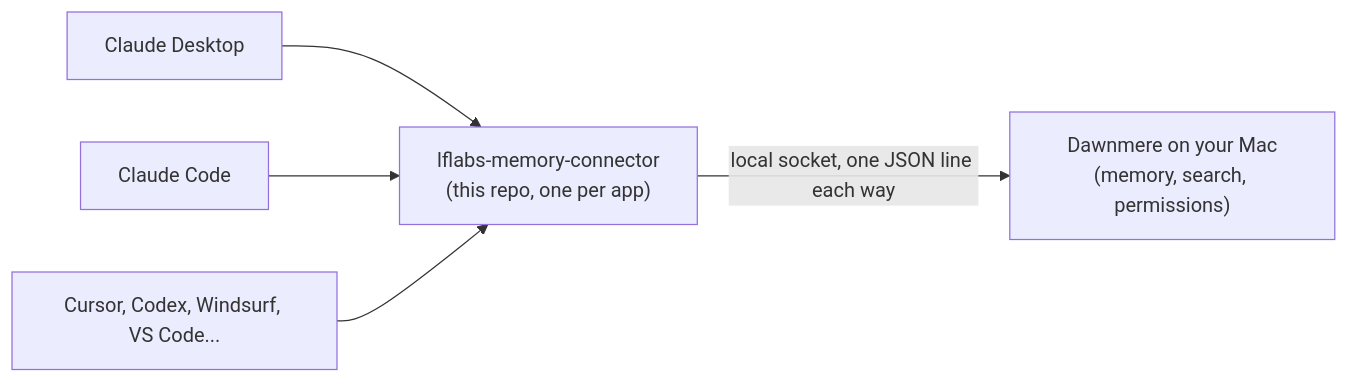
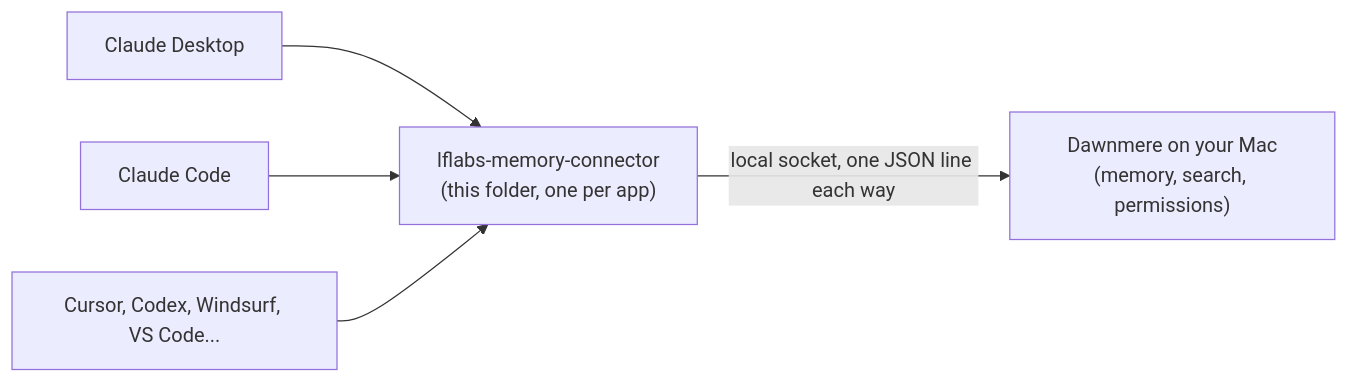
Before and after one commit to Hadeva-Dev/dawnmere: the diagram in connector/README.md, drawn with Mermaid. The commit also changed other lines of this file and 3 other files, not shown here.

First line of the commit message:
Connector docs: the Dawnmere repo, its marketplace, and where to publish from

````diff
--- a/connector/README.md
+++ b/connector/README.md
@@ -7,7 +7,7 @@
 ```mermaid
 flowchart LR
   A[Claude Desktop] --> C
   B[Claude Code] --> C
   D[Cursor, Codex, Windsurf, VS Code...] --> C
-  C["lflabs-memory-connector<br/>(this repo, one per app)"] -- "local socket, one JSON line each way" --> W["Dawnmere on your Mac<br/>(memory, search, permissions)"]
+  C["lflabs-memory-connector<br/>(this folder, one per app)"] -- "local socket, one JSON line each way" --> W["Dawnmere on your Mac<br/>(memory, search, permissions)"]
 ```
````
